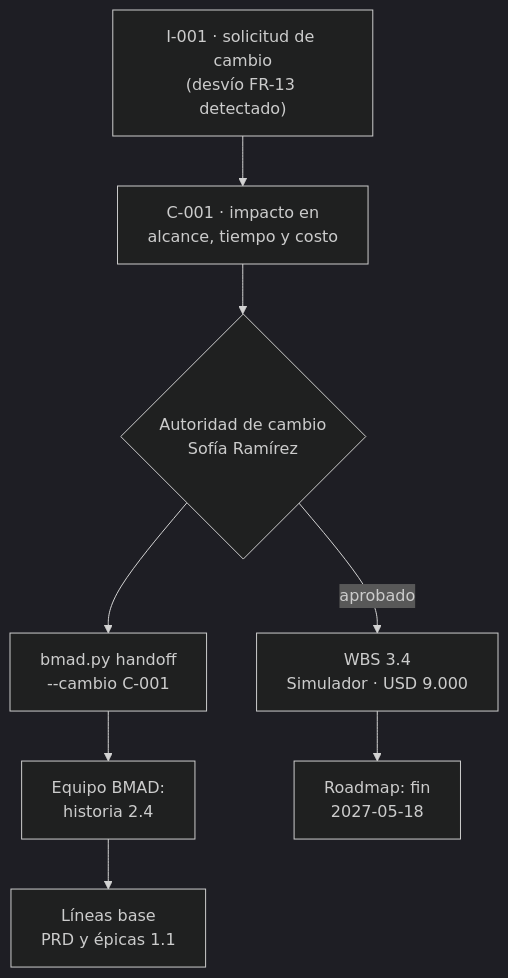
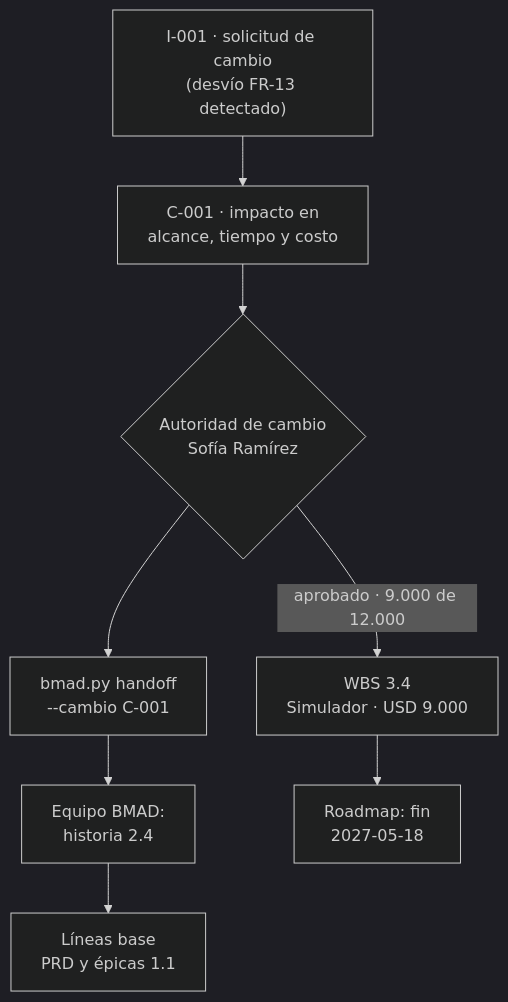
One commit to Arturo-Penas-Rial/pm-method changed the fifth of 6 diagrams in docs/guias/E2E-2-alcance-roadmap.md. Above: the diagram before and after it, drawn with Mermaid (dark theme). The commit also changed other lines of this file and 144 other files, not shown here.

````diff
--- a/docs/guias/E2E-2-alcance-roadmap.md
+++ b/docs/guias/E2E-2-alcance-roadmap.md
@@ -339,10 +517,10 @@
 ```mermaid
 flowchart TB
     i1["I-001 · solicitud de cambio<br/>(desvío FR-13 detectado)"] --> c1["C-001 · impacto en<br/>alcance, tiempo y costo"]
     c1 --> dec{"Autoridad de cambio<br/>Sofía Ramírez"}
-    dec -->|aprobado| w34["WBS 3.4<br/>Simulador · USD 9.000"]
+    dec -->|"aprobado · 9.000 de 12.000"| w34["WBS 3.4<br/>Simulador · USD 9.000"]
     dec --> h["bmad.py handoff<br/>--cambio C-001"]
     h --> bm["Equipo BMAD:<br/>historia 2.4"]
     bm --> lb["Líneas base<br/>PRD y épicas 1.1"]
     w34 --> rm["Roadmap: fin<br/>2027-05-18"]
 ```
````
